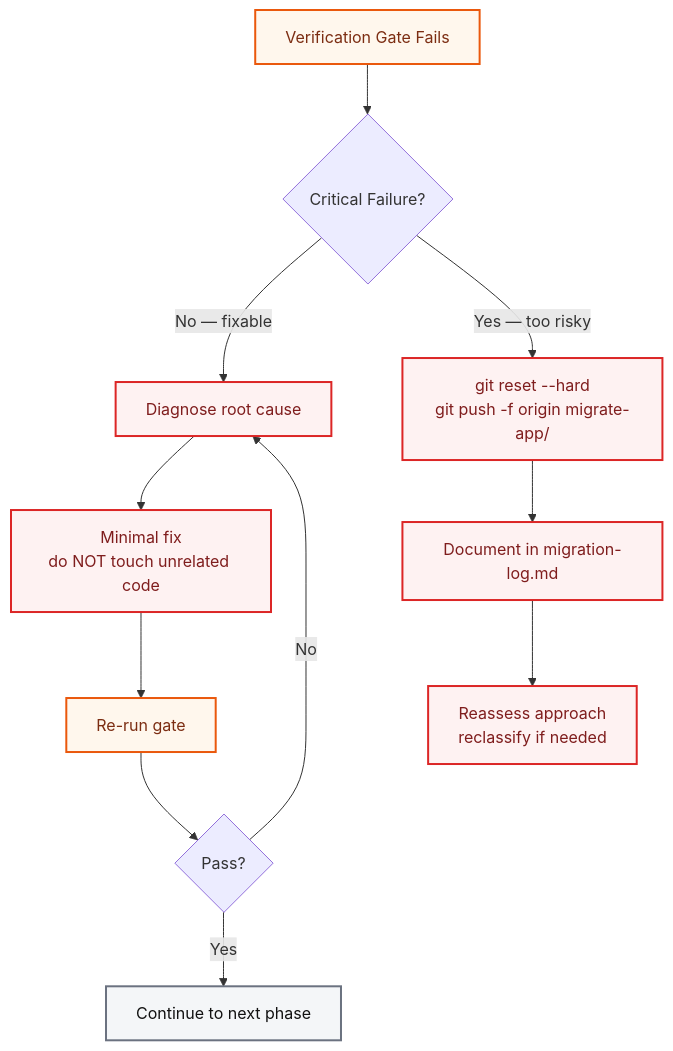
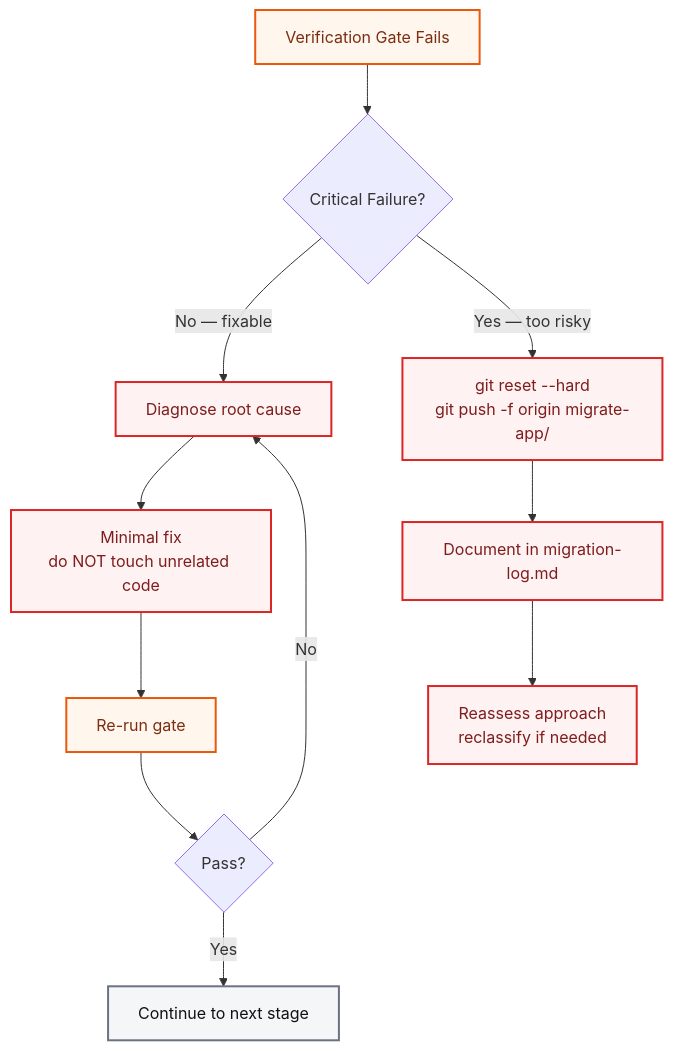
Before and after one commit to mahardikakdenie/.agent-skills: the third of 3 diagrams in apps/admin-portal/docs/migration/component/00-overview.md, drawn with Mermaid. The commit also changed other lines of this file and 11 other files, not shown here.

````diff
--- a/apps/admin-portal/docs/migration/component/00-overview.md
+++ b/apps/admin-portal/docs/migration/component/00-overview.md
@@ -322,14 +322,14 @@
 ```mermaid
 flowchart TD
   classDef fix fill:#fef2f2,stroke:#dc2626,color:#7f1d1d,stroke-width:2px;
   classDef gate fill:#fff7ed,stroke:#ea580c,color:#7c2d12,stroke-width:2px;
-  classDef phase fill:#f4f6f8,stroke:#6b7280,color:#111,stroke-width:2px;
+  classDef stage fill:#f4f6f8,stroke:#6b7280,color:#111,stroke-width:2px;
 
   FAIL[Verification Gate Fails]:::gate --> B{Critical Failure?}
   B -->|No — fixable| C[Diagnose root cause]:::fix --> D[Minimal fix<br/>do NOT touch unrelated code]:::fix --> RERUN[Re-run gate]:::gate
   RERUN --> P{Pass?}
-  P -->|Yes| NEXT[Continue to next phase]:::phase
+  P -->|Yes| NEXT[Continue to next stage]:::stage
   P -->|No| C
   B -->|Yes — too risky| ROLLBACK[git reset --hard<br/>git push -f origin migrate-app/<APP_NAME>]:::fix
   ROLLBACK --> DOC[Document in migration-log.md]:::fix --> REASSESS[Reassess approach<br/>reclassify if needed]:::fix
 ```
````
